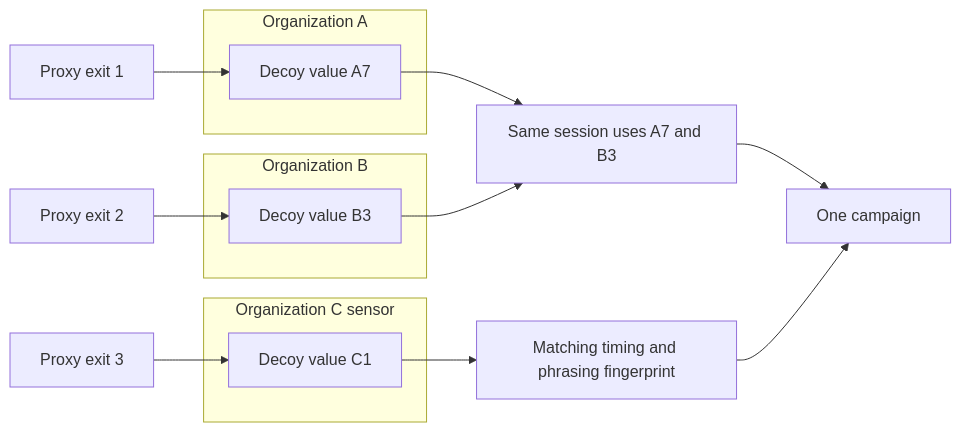
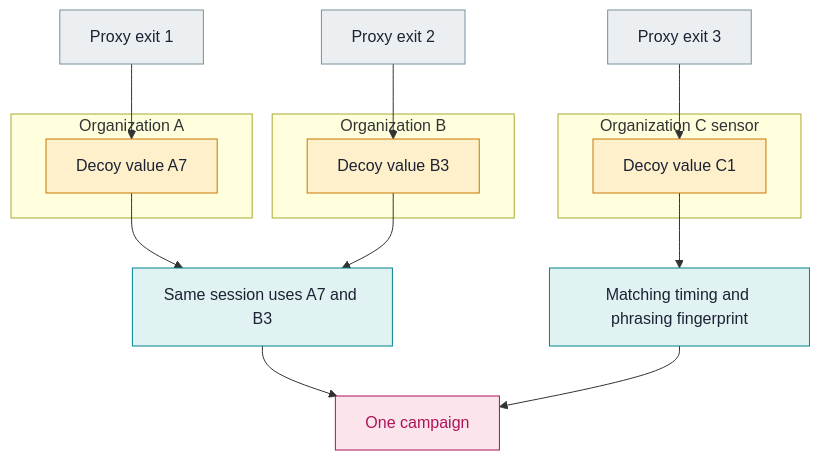
Before and after one commit to AndrewAltimit/template-repo: the eighth of 12 diagrams in docs/hardware/agent-swarm-honeypot-guide.md, drawn with Mermaid. The commit also changed other lines of this file and 118 other files, not shown here.

````diff
--- a/docs/hardware/agent-swarm-honeypot-guide.md
+++ b/docs/hardware/agent-swarm-honeypot-guide.md
@@ -302,20 +483,28 @@
 ```mermaid
-flowchart LR
+flowchart TB
+    P1["Proxy exit 1"] --> T1
+    P2["Proxy exit 2"] --> T2
+    P3["Proxy exit 3"] --> T3
     subgraph OrgA["Organization A"]
       T1["Decoy value A7"]
     end
     subgraph OrgB["Organization B"]
       T2["Decoy value B3"]
     end
     subgraph OrgC["Organization C sensor"]
       T3["Decoy value C1"]
     end
-    P1["Proxy exit 1"] --> T1
-    P2["Proxy exit 2"] --> T2
-    P3["Proxy exit 3"] --> T3
     T1 --> U["Same session uses A7 and B3"]
     T2 --> U
     T3 --> F["Matching timing and phrasing fingerprint"]
     U --> K["One campaign"]
     F --> K
+    classDef proxy fill:#ECEFF1,stroke:#78909C,color:#1C2233
+    classDef decoy fill:#FFF0CC,stroke:#C77700,color:#1C2233
+    classDef corr fill:#E0F2F1,stroke:#00838F,color:#1C2233
+    classDef camp fill:#FCE4EC,stroke:#AD1457,color:#AD1457
+    class P1,P2,P3 proxy
+    class T1,T2,T3 decoy
+    class U,F corr
+    class K camp
 ```
````
